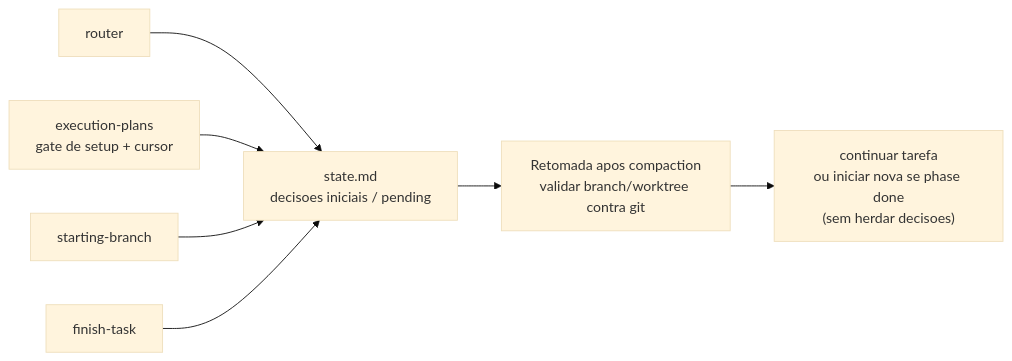
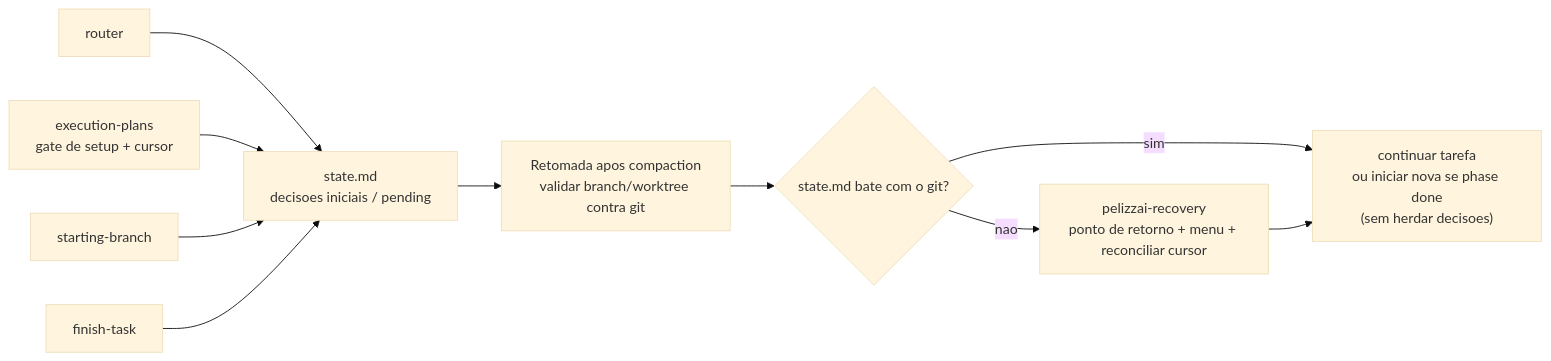
The ninth of 11 diagrams in README.md (rpelizza/PelizzAI), drawn with Mermaid (base theme) before and after one commit. The commit also changed other lines of this file and 43 other files, not shown here.

````diff
--- a/README.md
+++ b/README.md
@@ -385,10 +401,13 @@
 ```mermaid
 flowchart LR
     RT["router"] --> ST["state.md<br/>decisoes iniciais / pending"]
     EXP["execution-plans<br/>gate de setup + cursor"] --> ST
     SB["starting-branch"] --> ST
     FIN["finish-task"] --> ST
 
     ST --> RESUME["Retomada apos compaction<br/>validar branch/worktree contra git"]
-    RESUME --> NEXT["continuar tarefa<br/>ou iniciar nova se phase done<br/>(sem herdar decisoes)"]
+    RESUME --> DIV{"state.md bate com o git?"}
+    DIV -- "sim" --> NEXT["continuar tarefa<br/>ou iniciar nova se phase done<br/>(sem herdar decisoes)"]
+    DIV -- "nao" --> REC["pelizzai-recovery<br/>ponto de retorno + menu + reconciliar cursor"]
+    REC --> NEXT
 ```
````
